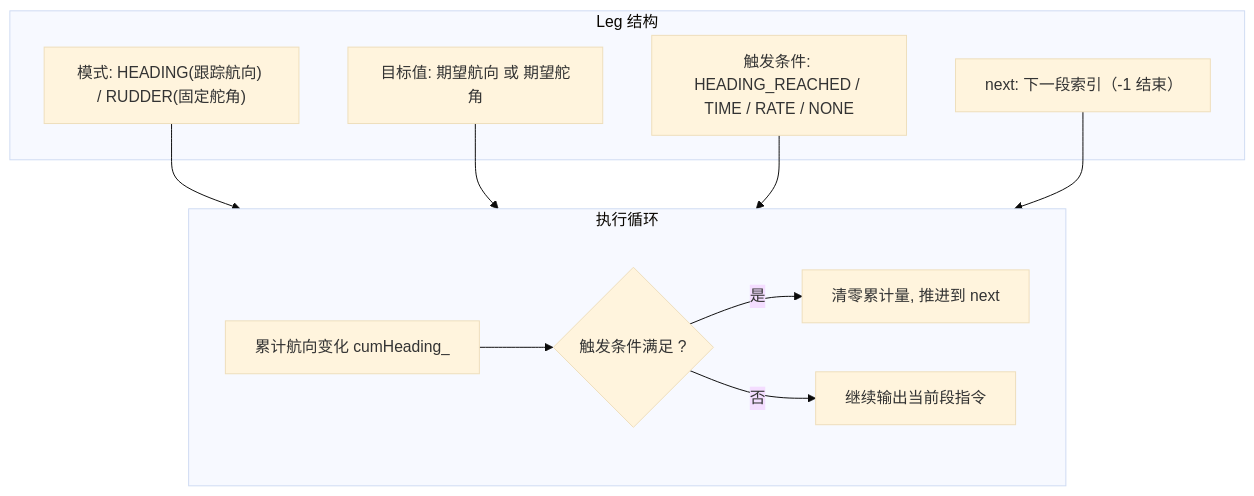
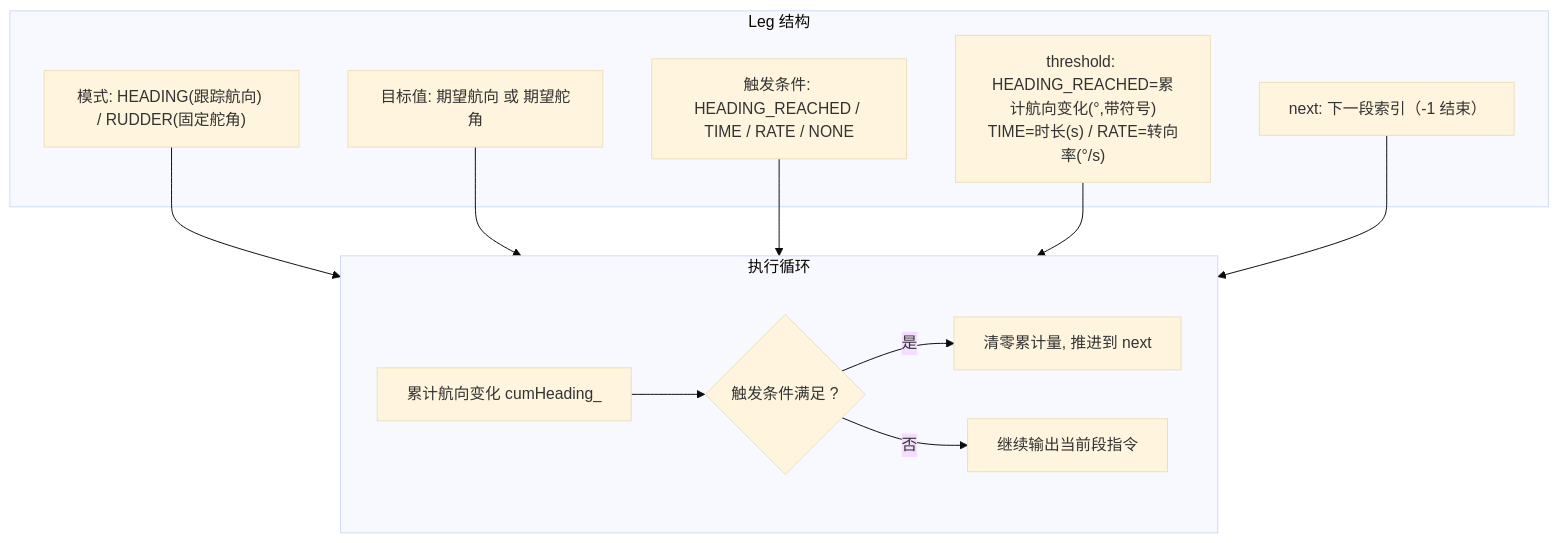
One commit to jimaka/auto_rudder changed the ninth of 19 diagrams in 软件设计与架构文档.md. Above: the diagram before and after it, drawn with Mermaid (base theme). The commit also changed other lines of this file and 15 other files, not shown here.

````diff
--- a/软件设计与架构文档.md
+++ b/软件设计与架构文档.md
@@ -333,15 +433,16 @@
 ```mermaid
 flowchart TD
     subgraph LEG["Leg 结构"]
         M["模式: HEADING(跟踪航向) / RUDDER(固定舵角)"]
         T["目标值: 期望航向 或 期望舵角"]
         TR["触发条件: HEADING_REACHED / TIME / RATE / NONE"]
+        TH["threshold: HEADING_REACHED=累计航向变化(°,带符号)<br/>TIME=时长(s) / RATE=转向率(°/s)"]
         N["next: 下一段索引（-1 结束）"]
     end
     subgraph RUN["执行循环"]
         R1["累计航向变化 cumHeading_"] --> R2{"触发条件满足 ?"}
         R2 -- 是 --> R3["清零累计量, 推进到 next"]
         R2 -- 否 --> R4["继续输出当前段指令"]
     end
-    M & T & TR & N --> RUN
+    M & T & TR & TH & N --> RUN
 ```
````
